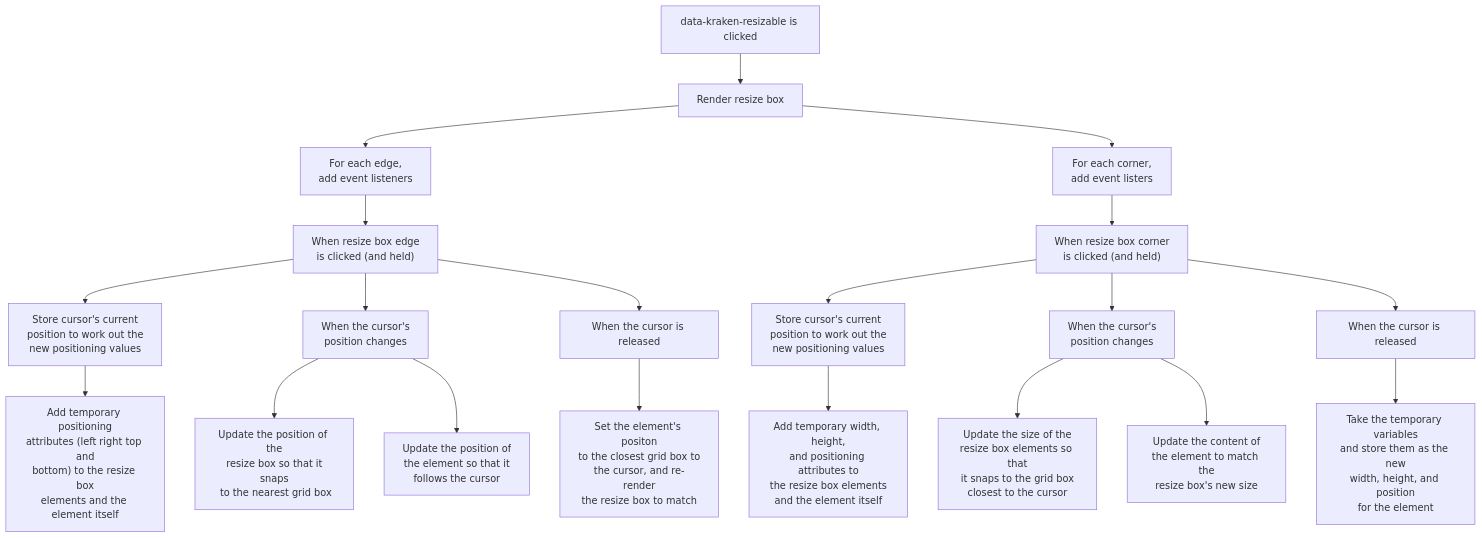
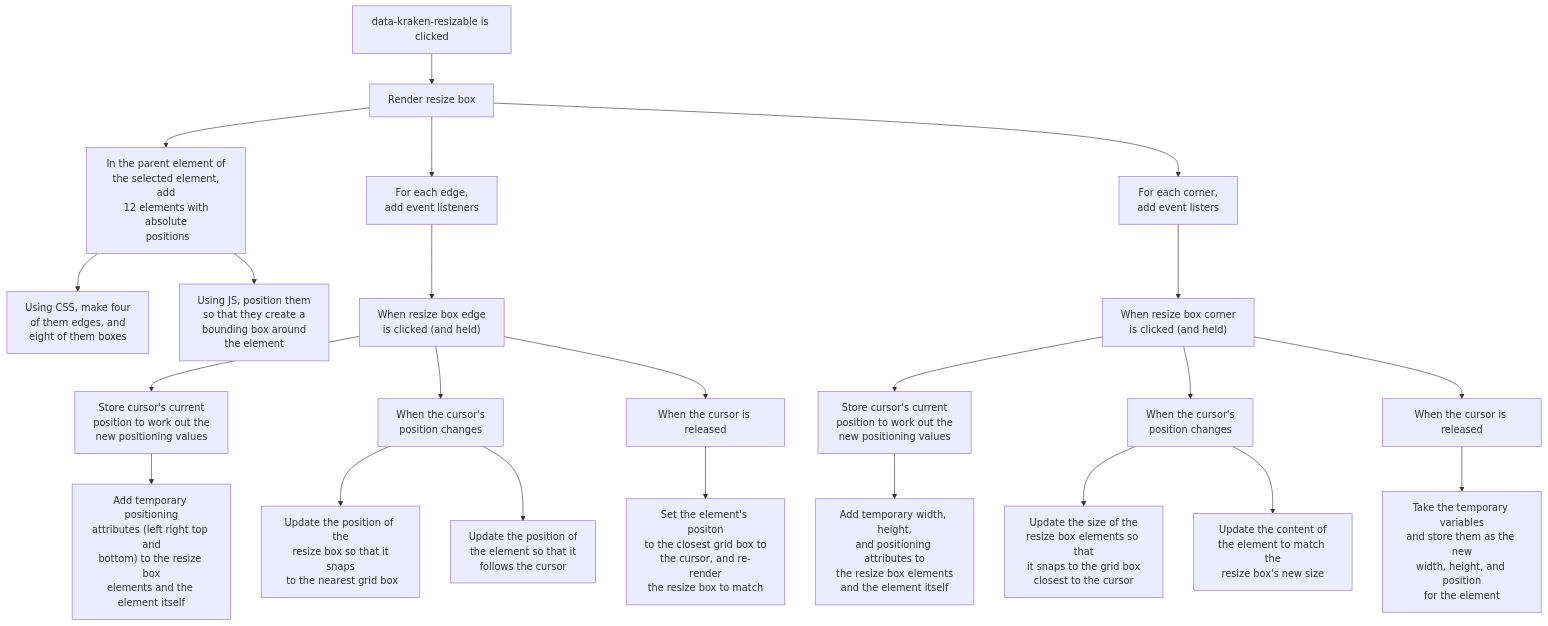
The fourth of 4 diagrams in README.md (tomgxz/Kraken), drawn with Mermaid before and after one commit.

Commit message:
Slight update

````diff
--- a/README.md
+++ b/README.md
@@ -451,26 +451,31 @@
 ```mermaid
 graph TD
     A[data-kraken-resizable is clicked] --> B[Render resize box]
+
+    B --> a["In the parent element of\n the selected element, add\n 12 elements with absolute\n positions"]
+    a --> b["Using CSS, make four\n of them edges, and\n eight of them boxes"]
+    a --> c["Using JS, position them\n so that they create a\n bounding box around\n the element"]
+
 
     B --> D["For each edge,\nadd event listeners"]
 
     D --> M["When resize box edge\nis clicked (and held)"]
     M --> N["Store cursor's current\nposition to work out the\nnew positioning values"]
     N --> O["Add temporary positioning\nattributes (left right top and\nbottom) to the resize box\nelements and the element itself"]
     M --> P["When the cursor's\nposition changes"]
     P --> Q["Update the position of the\n resize box so that it snaps\n to the nearest grid box"]
     P --> R["Update the position of\n the element so that it\n follows the cursor"]
     M --> S["When the cursor is released"]
     S --> T["Set the element's positon\nto the closest grid box to\nthe cursor, and re-render\nthe resize box to match"]
 
     B --> C["For each corner,\nadd event listers"]
 
     C --> E["When resize box corner\nis clicked (and held)"]
     E --> F["Store cursor's current\nposition to work out the\nnew positioning values"]
     F --> G["Add temporary width, height,\nand positioning attributes to\nthe resize box elements\nand the element itself"]
     E --> H["When the cursor's\nposition changes"]
     H --> I["Update the size of the\nresize box elements so that\nit snaps to the grid box\nclosest to the cursor"]
     H --> J["Update the content of\nthe element to match the\nresize box's new size"]
     E --> K["When the cursor is released"]
     K --> L["Take the temporary variables\nand store them as the new\nwidth, height, and position\nfor the element"]
 ```
````
